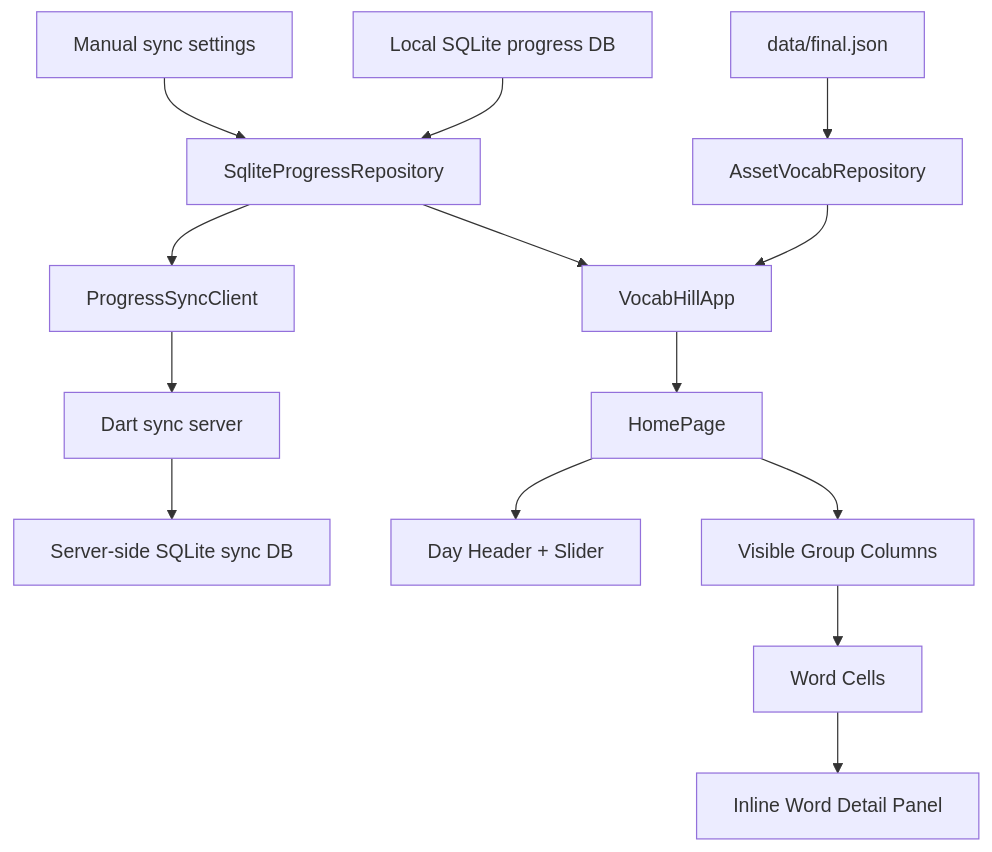
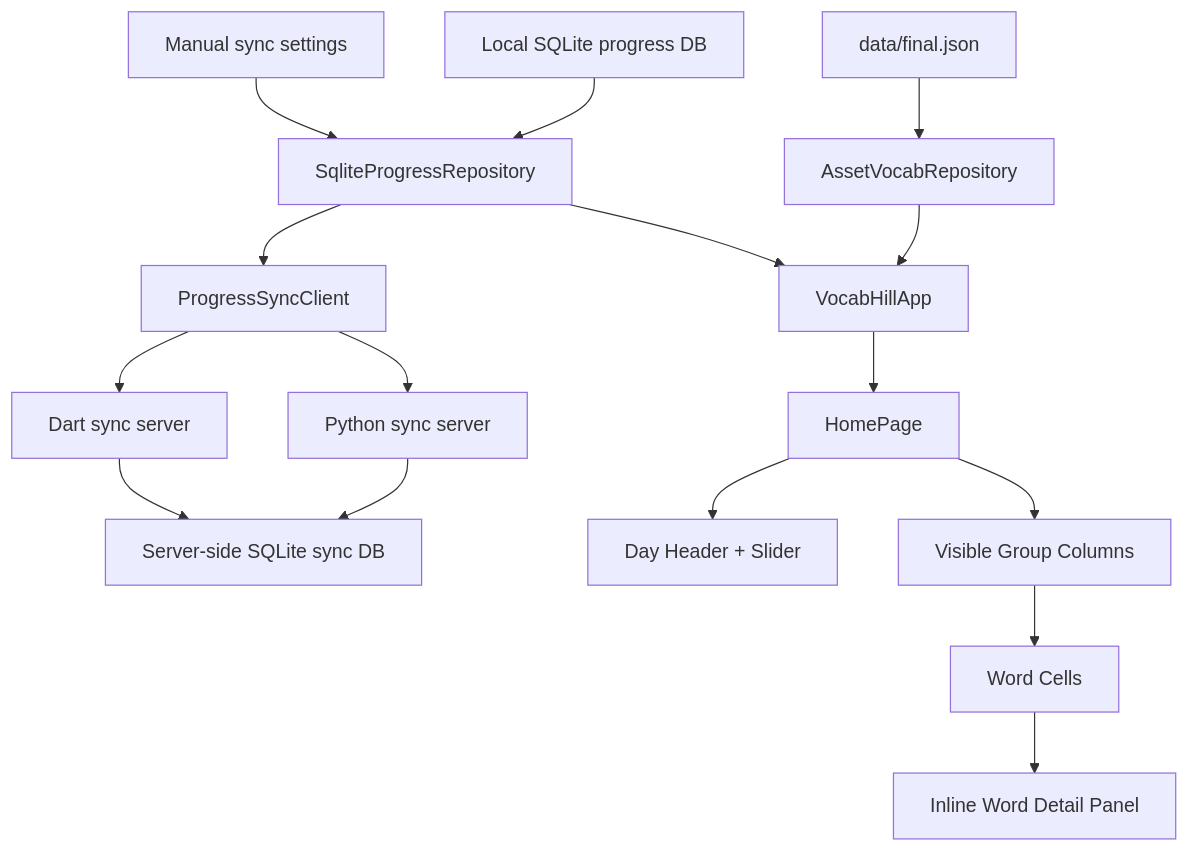
The diagram in docs/2-architecture/README.md (desertSniper87/vocab-hill), drawn with Mermaid before and after one commit. The commit also changed other lines of this file and 18 other files, not shown here.

````diff
--- a/docs/2-architecture/README.md
+++ b/docs/2-architecture/README.md
@@ -11,16 +11,18 @@
 ```mermaid
 flowchart TD
     A["data/final.json"] --> B["AssetVocabRepository"]
     P["Local SQLite progress DB"] --> Q["SqliteProgressRepository"]
     R["Manual sync settings"] --> Q
-    S["Dart sync server"] --> T["Server-side SQLite sync DB"]
+    S["Python sync server"] --> T["Server-side SQLite sync DB"]
+    V["Dart sync server"] --> T
     Q --> U["ProgressSyncClient"]
     U --> S
+    U --> V
     B --> C["VocabHillApp"]
     Q --> C
     C --> D["HomePage"]
     D --> E["Day Header + Slider"]
     D --> F["Visible Group Columns"]
     F --> G["Word Cells"]
     G --> H["Inline Word Detail Panel"]
 ```
````
